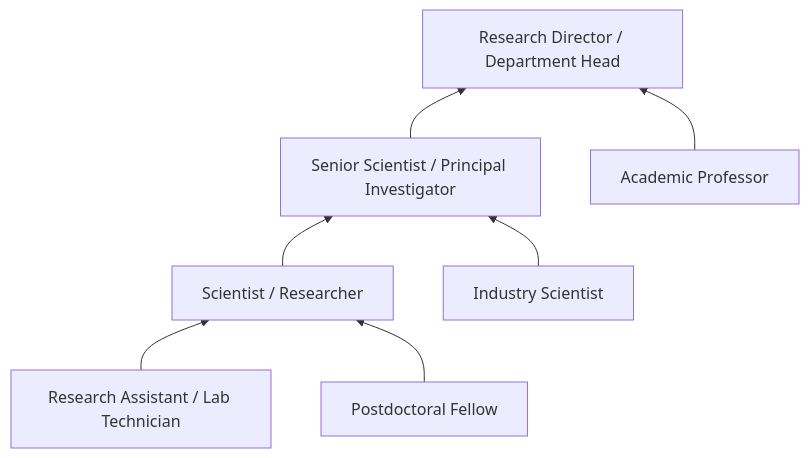
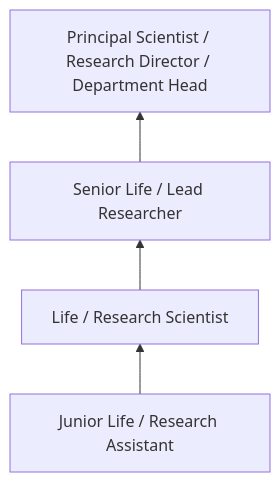
Before and after one commit to kziemski/business.org.ai: the third of 4 diagrams in occupations/Science/index.mdx, drawn with Mermaid. The commit also changed other lines of this file and 938 other files, not shown here.

````diff
--- a/occupations/Science/index.mdx
+++ b/occupations/Science/index.mdx
@@ -110,10 +125,6 @@
 ```mermaid
 graph BT
-    Entry["Research Assistant / Lab Technician"] --> Mid["Scientist / Researcher"]
-    Mid --> Senior["Senior Scientist / Principal Investigator"]
-    Senior --> Lead["Research Director / Department Head"]
-
-    Alt1["Postdoctoral Fellow"] --> Mid
-    Alt2["Industry Scientist"] --> Senior
-    Alt3["Academic Professor"] --> Lead
+    Entry["Junior Life / Research Assistant"] --> Mid["Life / Research Scientist"]
+    Mid --> Senior["Senior Life / Lead Researcher"]
+    Senior --> Lead["Principal Scientist / Research Director / Department Head"]
 ```
````
